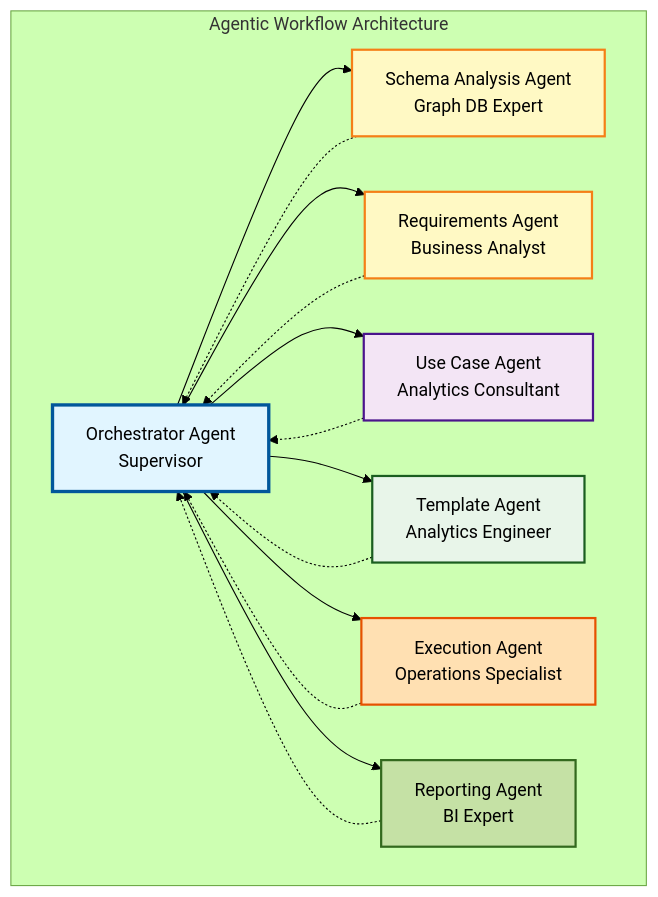
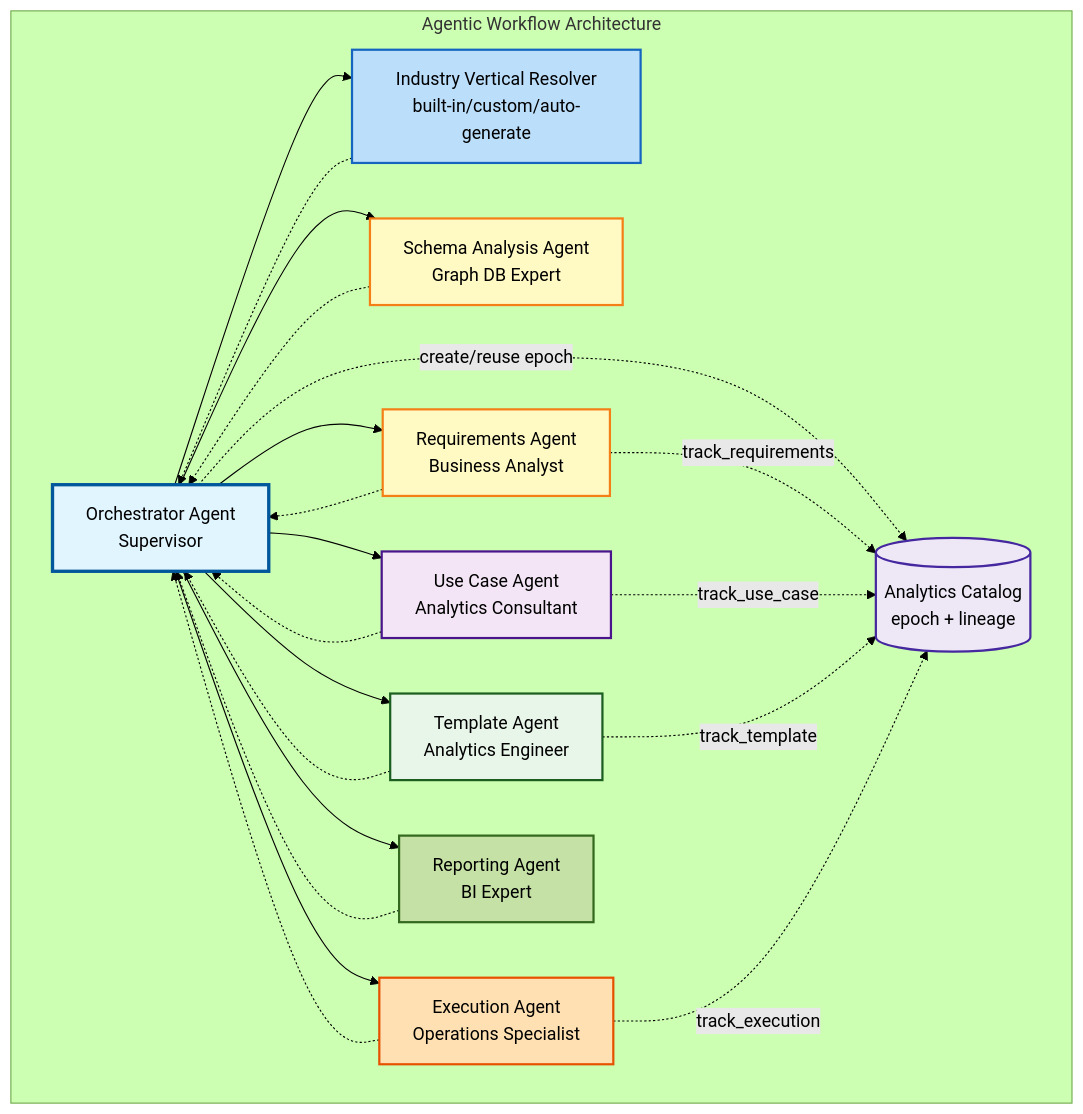
One commit to ArthurKeen/graph-analytics-ai-platform changed the second of 2 diagrams in docs/user-guide/AGENTIC_WORKFLOW.md. Above: the diagram before and after it, drawn with Mermaid (forest theme). The commit also changed other lines of this file and 4 other files, not shown here.

First line of the commit message:
docs: update agentic workflow diagrams for vertical automation and catalog

````diff
--- a/docs/user-guide/AGENTIC_WORKFLOW.md
+++ b/docs/user-guide/AGENTIC_WORKFLOW.md
@@ -274,35 +284,47 @@
 ```mermaid
 graph TB
  subgraph "Agentic Workflow Architecture"
  Orch[Orchestrator Agent<br/>Supervisor]
+ Vert[Industry Vertical Resolver<br/>built-in/custom/auto-generate]
  
  Schema[Schema Analysis Agent<br/>Graph DB Expert]
  Req[Requirements Agent<br/>Business Analyst]
  UseCase[Use Case Agent<br/>Analytics Consultant]
  Template[Template Agent<br/>Analytics Engineer]
  Exec[Execution Agent<br/>Operations Specialist]
  Report[Reporting Agent<br/>BI Expert]
+ Catalog[(Analytics Catalog<br/>epoch + lineage)]
  
+ Orch --> Vert
  Orch --> Schema
  Orch --> Req
  Orch --> UseCase
  Orch --> Template
  Orch --> Exec
  Orch --> Report
  
+ Vert -.-> Orch
  Schema -.-> Orch
  Req -.-> Orch
  UseCase -.-> Orch
  Template -.-> Orch
  Exec -.-> Orch
  Report -.-> Orch
+
+ Orch -.->|create/reuse epoch| Catalog
+ Req -.->|track_requirements| Catalog
+ UseCase -.->|track_use_case| Catalog
+ Template -.->|track_template| Catalog
+ Exec -.->|track_execution| Catalog
  end
  
  style Orch fill:#e1f5ff,stroke:#01579b,stroke-width:3px
+ style Vert fill:#bbdefb,stroke:#1565c0,stroke-width:2px
  style Schema fill:#fff9c4,stroke:#f57f17,stroke-width:2px
  style Req fill:#fff9c4,stroke:#f57f17,stroke-width:2px
  style UseCase fill:#f3e5f5,stroke:#4a148c,stroke-width:2px
  style Template fill:#e8f5e9,stroke:#1b5e20,stroke-width:2px
  style Exec fill:#ffe0b2,stroke:#e65100,stroke-width:2px
  style Report fill:#c5e1a5,stroke:#33691e,stroke-width:2px
+ style Catalog fill:#ede7f6,stroke:#4527a0,stroke-width:2px
 ```
````
